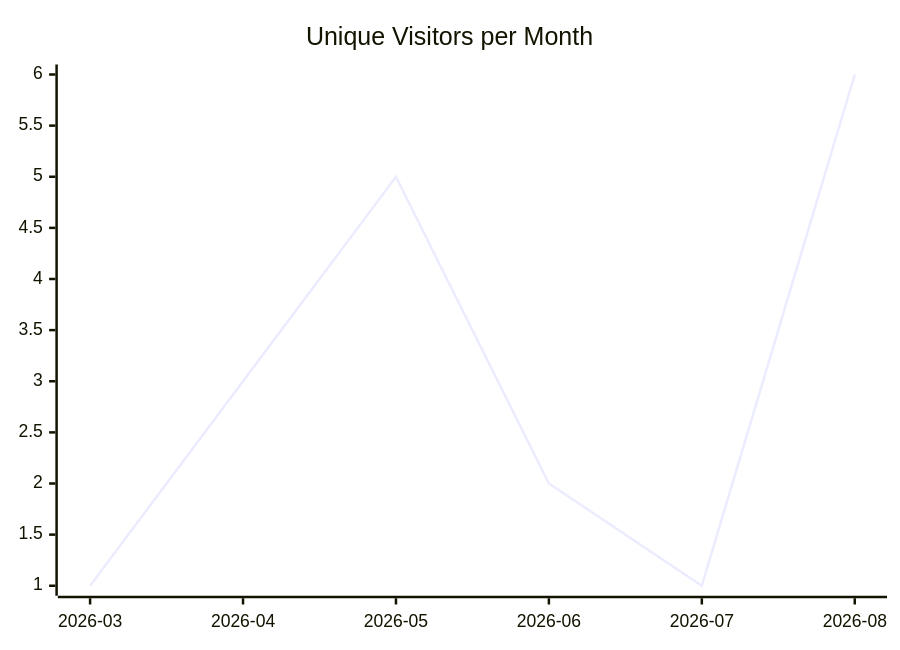
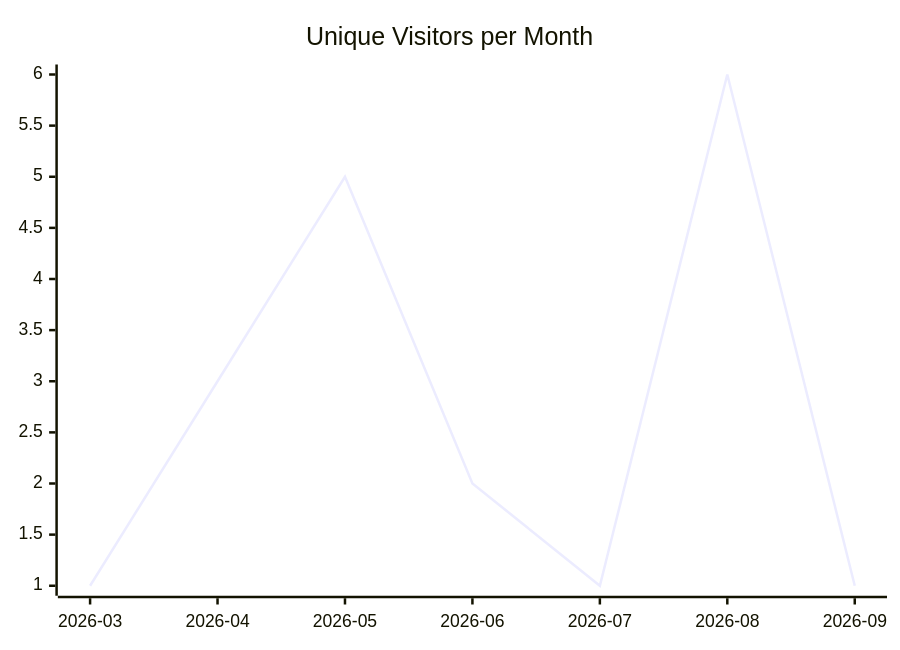
The first of 3 diagrams in justdavis-family/justdavis/README.md (justdavis-family/github-analytics-data), drawn with Mermaid before and after one commit. The commit also changed other lines of this file and 191 other files, not shown here.

````diff
--- a/justdavis-family/justdavis/README.md
+++ b/justdavis-family/justdavis/README.md
@@ -5,6 +5,6 @@
 ```mermaid
 xychart-beta
   title "Unique Visitors per Month"
-  x-axis ["2026-03", "2026-04", "2026-05", "2026-06", "2026-07", "2026-08"]
-  line [1, 3, 5, 2, 1, 6]
+  x-axis ["2026-03", "2026-04", "2026-05", "2026-06", "2026-07", "2026-08", "2026-09"]
+  line [1, 3, 5, 2, 1, 6, 1]
 ```
````
